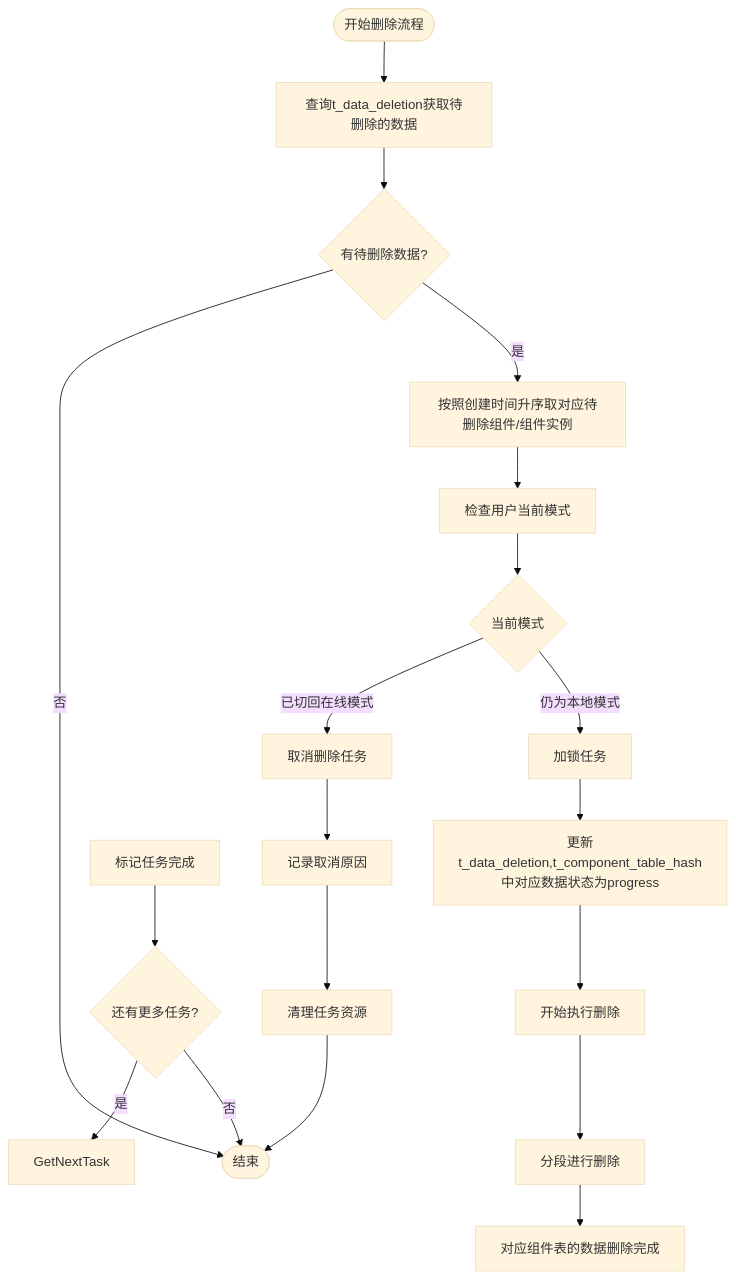
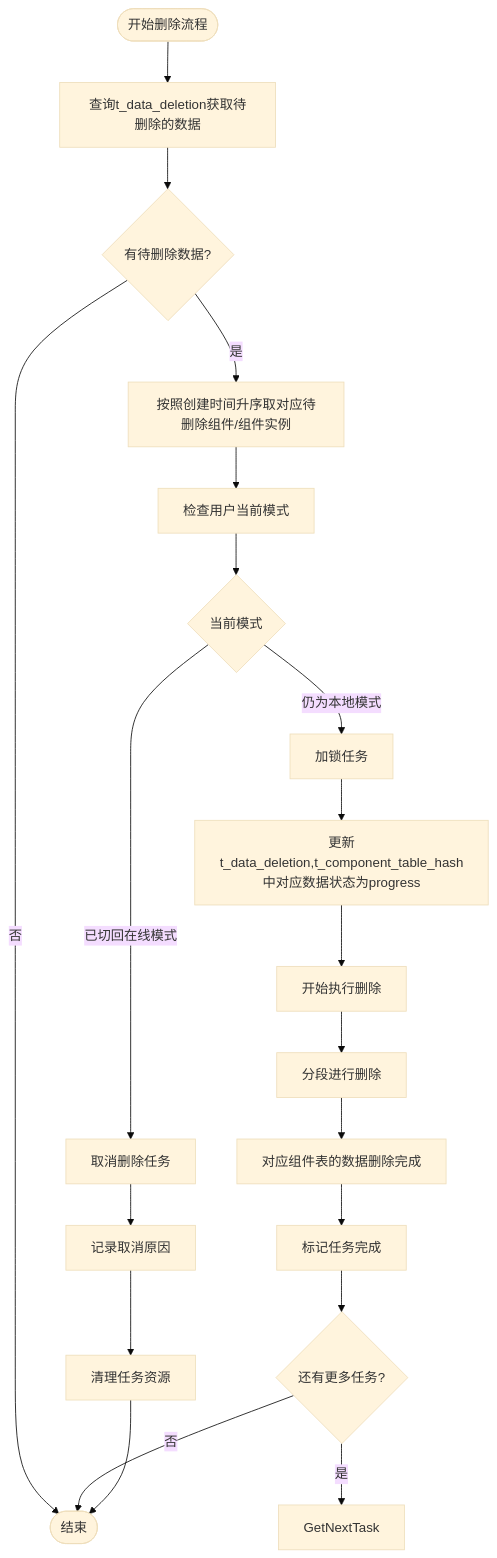
The diagram in all/未命名-51.md (yingjianzh/iodraw-files), drawn with Mermaid (base theme) before and after one commit.

Commit message:
2025-05-08 15:32:05 update

````diff
--- a/all/未命名-51.md
+++ b/all/未命名-51.md
@@ -1,31 +1,31 @@
 ```mermaid
 flowchart TD
     Start([开始删除流程]) --> FetchTasks[查询t_data_deletion获取待删除的数据]
     FetchTasks --> HasTasks{有待删除数据?}
     
     HasTasks -->|否| End([结束])
     HasTasks -->|是| PrioritizeTasks[按照创建时间升序取对应待删除组件/组件实例]
     
     PrioritizeTasks --> CheckUserMode[检查用户当前模式]
     
     CheckUserMode --> CurrentMode{当前模式}
     CurrentMode -->|已切回在线模式| TaskCancel[取消删除任务]
     CurrentMode -->|仍为本地模式| LockTask[加锁任务]
     
     LockTask --> UpdateStatus[更新t_data_deletion,t_component_table_hash中对应数据状态为progress]
     UpdateStatus --> BeginDeletion[开始执行删除]
     
     BeginDeletion --> A[分段进行删除]
     
     A --> B[对应组件表的数据删除完成]
-    MarkCompleted[标记任务完成]
+    B --> MarkCompleted[标记任务完成]
     
     TaskCancel --> LogCancellation[记录取消原因]
     LogCancellation --> CleanupTask[清理任务资源]
     
     MarkCompleted --> CheckMoreTasks{还有更多任务?}
     CheckMoreTasks -->|是| GetNextTask
     CheckMoreTasks -->|否| End
     
     CleanupTask --> End
 ```
````
